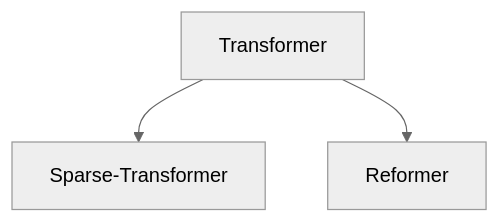
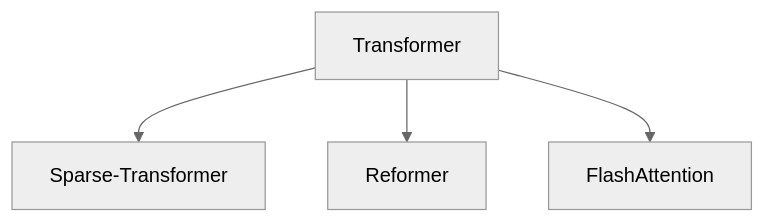
The fourth of 23 diagrams in doc/llm.md (ted-sharp/chatvox), drawn with Mermaid (neutral theme) before and after one commit. The commit also changed other lines of this file, not shown here.

````diff
--- a/doc/llm.md
+++ b/doc/llm.md
@@ -190,7 +190,8 @@
 ```mermaid
 flowchart
 
 Transformer --> Sparse-Transformer
 Transformer --> Reformer
+Transformer --> FlashAttention
 
 ```
````
